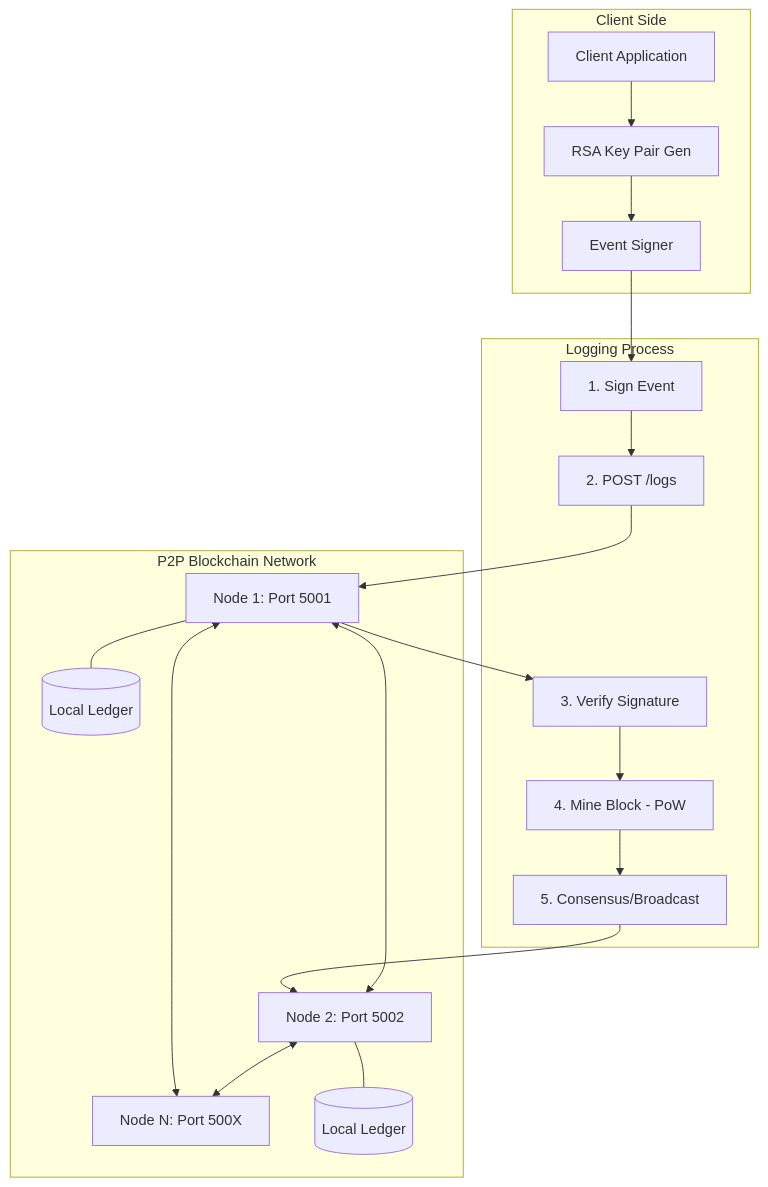
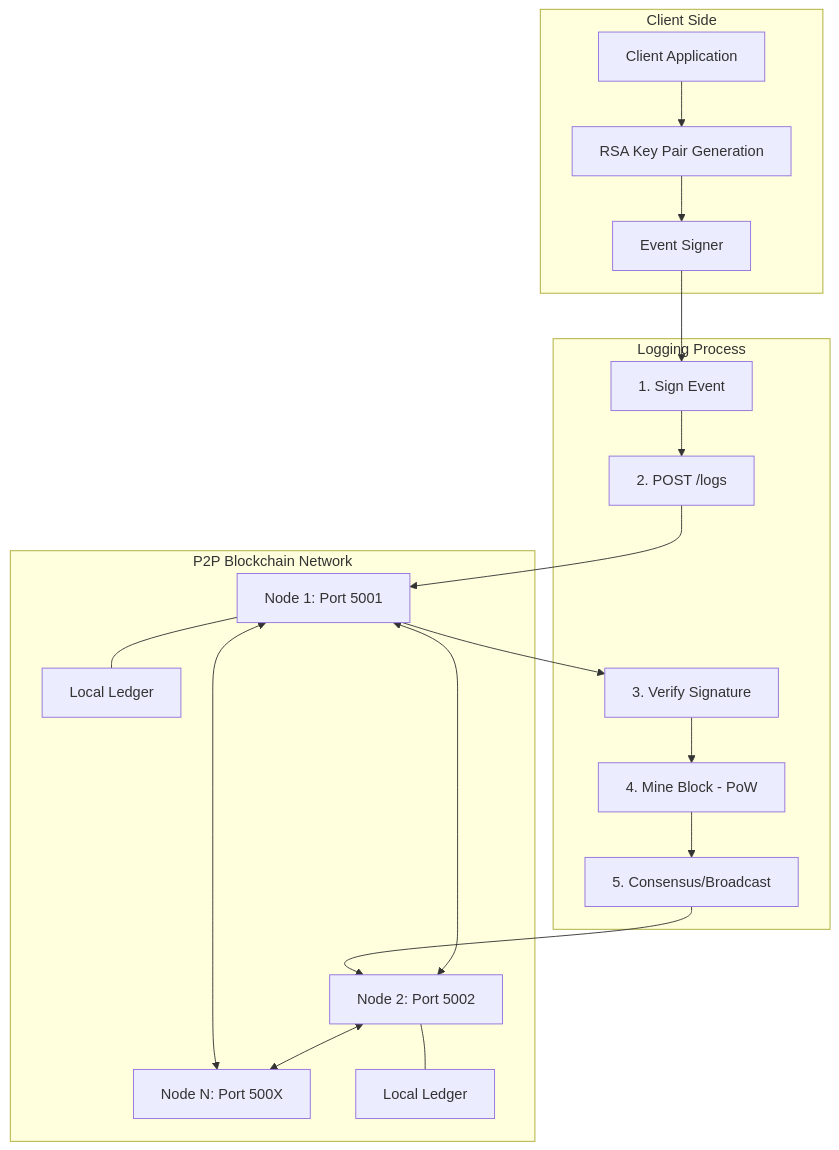
One commit to ashishrai12/Secure-Logging changed the diagram in README.md. Above: the diagram before and after it, drawn with Mermaid. The commit also changed other lines of this file, not shown here.

````diff
--- a/README.md
+++ b/README.md
@@ -9,41 +9,41 @@
 ```mermaid
 graph TD
     subgraph "Client Side"
         C[Client Application]
-        K[RSA Key Pair Gen]
+        K[RSA Key Pair Generation]
         S[Event Signer]
     end
 
     subgraph "P2P Blockchain Network"
         N1[Node 1: Port 5001]
         N2[Node 2: Port 5002]
         N3[Node N: Port 500X]
-        B1[(Local Ledger)]
-        B2[(Local Ledger)]
+        B1[Local Ledger]
+        B2[Local Ledger]
         
         N1 <--> N2
         N2 <--> N3
         N1 <--> N3
         
         N1 --- B1
         N2 --- B2
     end
 
     subgraph "Logging Process"
         P1[1. Sign Event]
         P2[2. POST /logs]
         P3[3. Verify Signature]
         P4[4. Mine Block - PoW]
         P5[5. Consensus/Broadcast]
     end
 
     C --> K
     K --> S
     S --> P1
     P1 --> P2
     P2 --> N1
     N1 --> P3
     P3 --> P4
     P4 --> P5
     P5 --> N2
 ```
````
